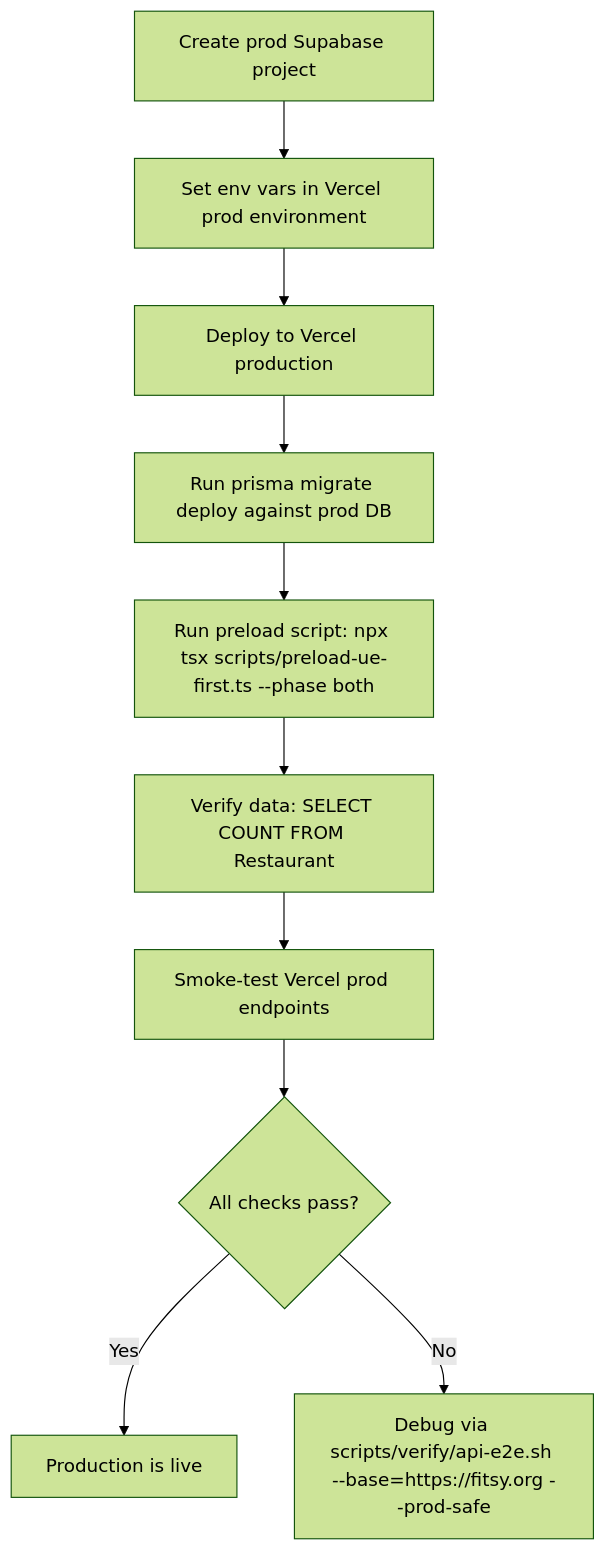
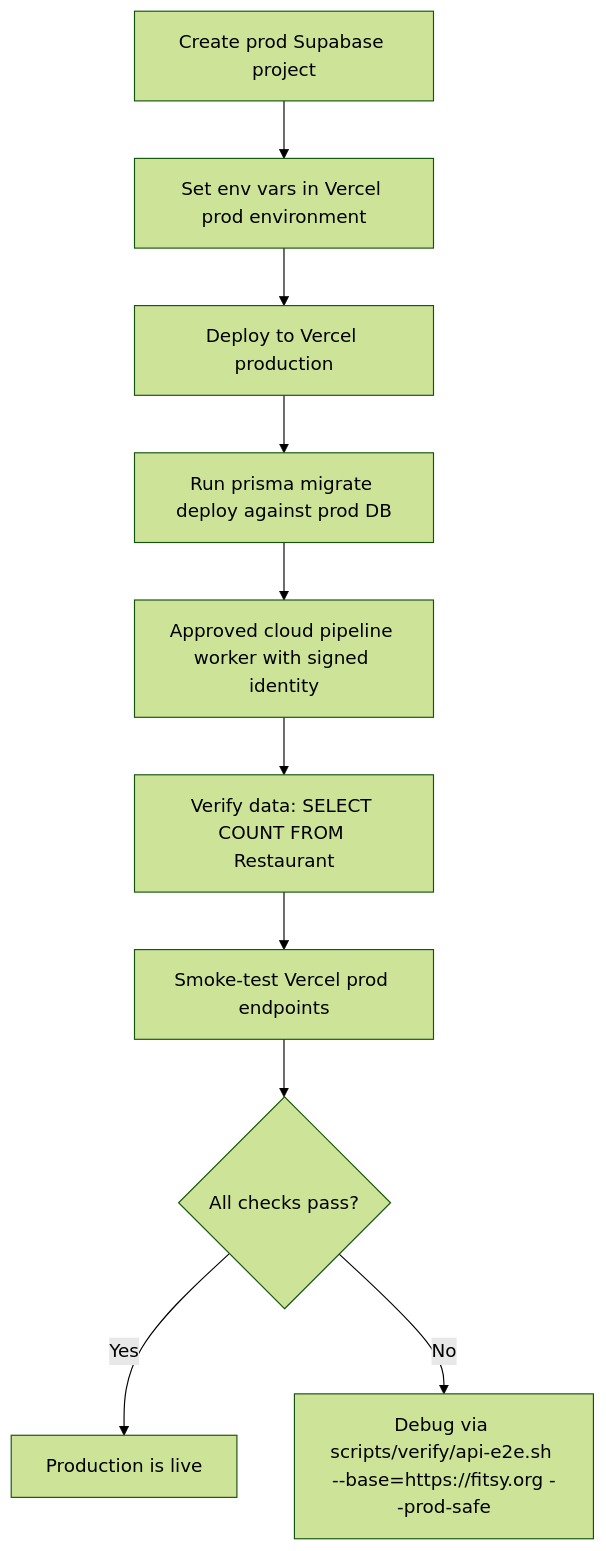
Before and after one commit to dgmolla/fitsy: the diagram in docs/engineering/devops/production-deployment.md, drawn with Mermaid (forest theme). The commit also changed other lines of this file and 51 other files, not shown here.

````diff
--- a/docs/engineering/devops/production-deployment.md
+++ b/docs/engineering/devops/production-deployment.md
@@ -30,12 +30,12 @@
 ```mermaid
 flowchart TD
     A[Create prod Supabase project] --> B[Set env vars in Vercel prod environment]
     B --> C[Deploy to Vercel production]
     C --> D[Run prisma migrate deploy against prod DB]
-    D --> E[Run preload script: npx tsx scripts/preload-ue-first.ts --phase both]
+    D --> E[Approved cloud pipeline worker with signed identity]
     E --> F[Verify data: SELECT COUNT FROM Restaurant]
     F --> G[Smoke-test Vercel prod endpoints]
     G --> H{All checks pass?}
     H -- Yes --> I[Production is live]
     H -- No --> J[Debug via scripts/verify/api-e2e.sh --base=https://fitsy.org --prod-safe]
 ```
````
